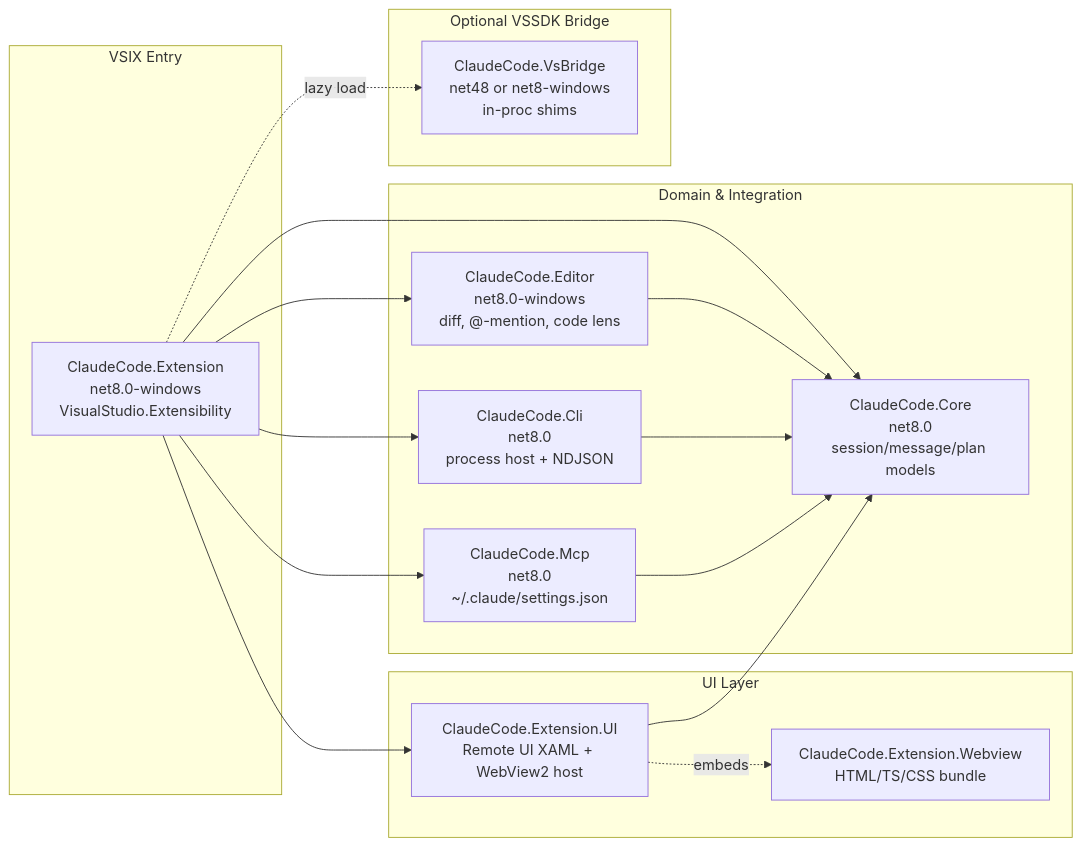
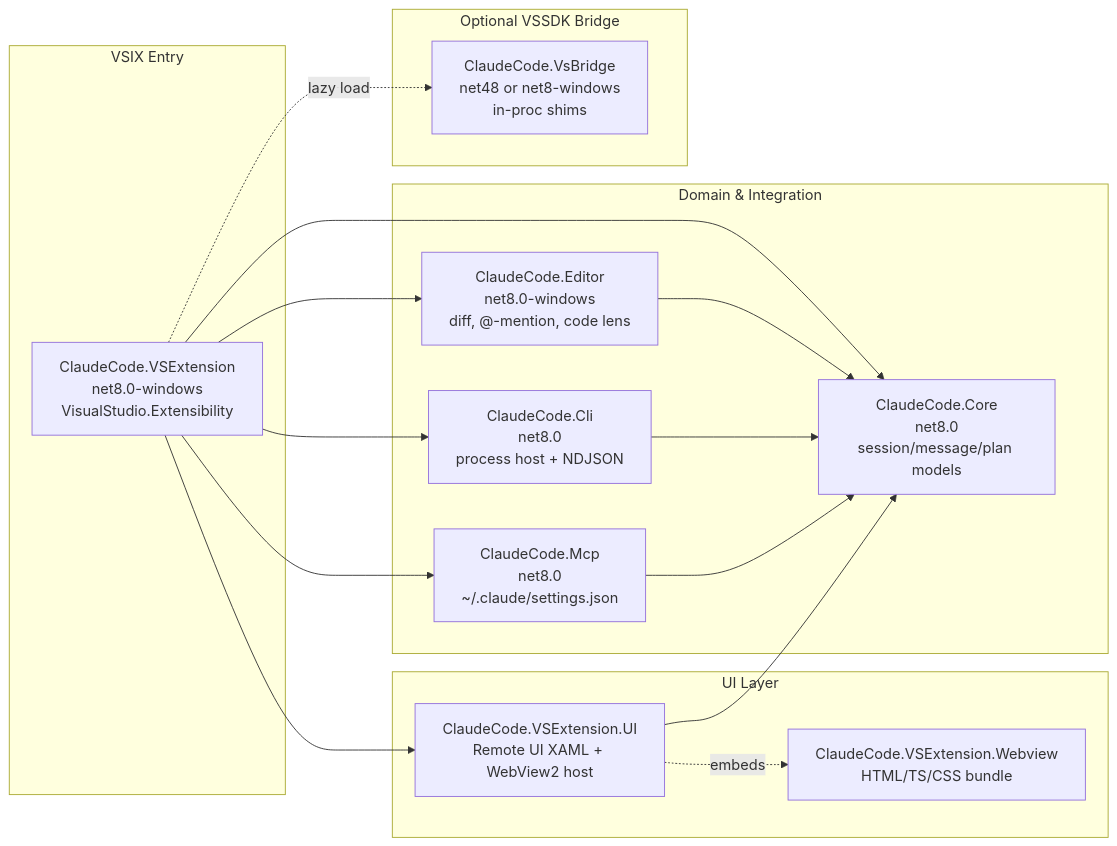
Before and after one commit to TomMarks/conduit-for-vs: the first of 3 diagrams in docs/PROJECT_PLAN.md, drawn with Mermaid. The commit also changed other lines of this file and 6 other files, not shown here.

````diff
--- a/docs/PROJECT_PLAN.md
+++ b/docs/PROJECT_PLAN.md
@@ -105,34 +105,34 @@
 ```mermaid
 flowchart LR
     subgraph entry [VSIX Entry]
-        EXT[ClaudeCode.Extension<br/>net8.0-windows<br/>VisualStudio.Extensibility]
+        EXT[ClaudeCode.VSExtension<br/>net8.0-windows<br/>VisualStudio.Extensibility]
     end
 
     subgraph ui [UI Layer]
-        UIPROJ[ClaudeCode.Extension.UI<br/>Remote UI XAML + WebView2 host]
-        WEB[ClaudeCode.Extension.Webview<br/>HTML/TS/CSS bundle]
+        UIPROJ[ClaudeCode.VSExtension.UI<br/>Remote UI XAML + WebView2 host]
+        WEB[ClaudeCode.VSExtension.Webview<br/>HTML/TS/CSS bundle]
     end
 
     subgraph domain [Domain & Integration]
         CORE[ClaudeCode.Core<br/>net8.0<br/>session/message/plan models]
         CLI[ClaudeCode.Cli<br/>net8.0<br/>process host + NDJSON]
         MCP[ClaudeCode.Mcp<br/>net8.0<br/>~/.claude/settings.json]
         EDIT[ClaudeCode.Editor<br/>net8.0-windows<br/>diff, @-mention, code lens]
     end
 
     subgraph bridge [Optional VSSDK Bridge]
         VSB[ClaudeCode.VsBridge<br/>net48 or net8-windows<br/>in-proc shims]
     end
 
     EXT --> UIPROJ
     EXT --> CORE
     EXT --> CLI
     EXT --> EDIT
     EXT --> MCP
     EXT -.lazy load.-> VSB
     UIPROJ --> CORE
     UIPROJ -.embeds.-> WEB
     EDIT --> CORE
     CLI --> CORE
     MCP --> CORE
 ```
````
